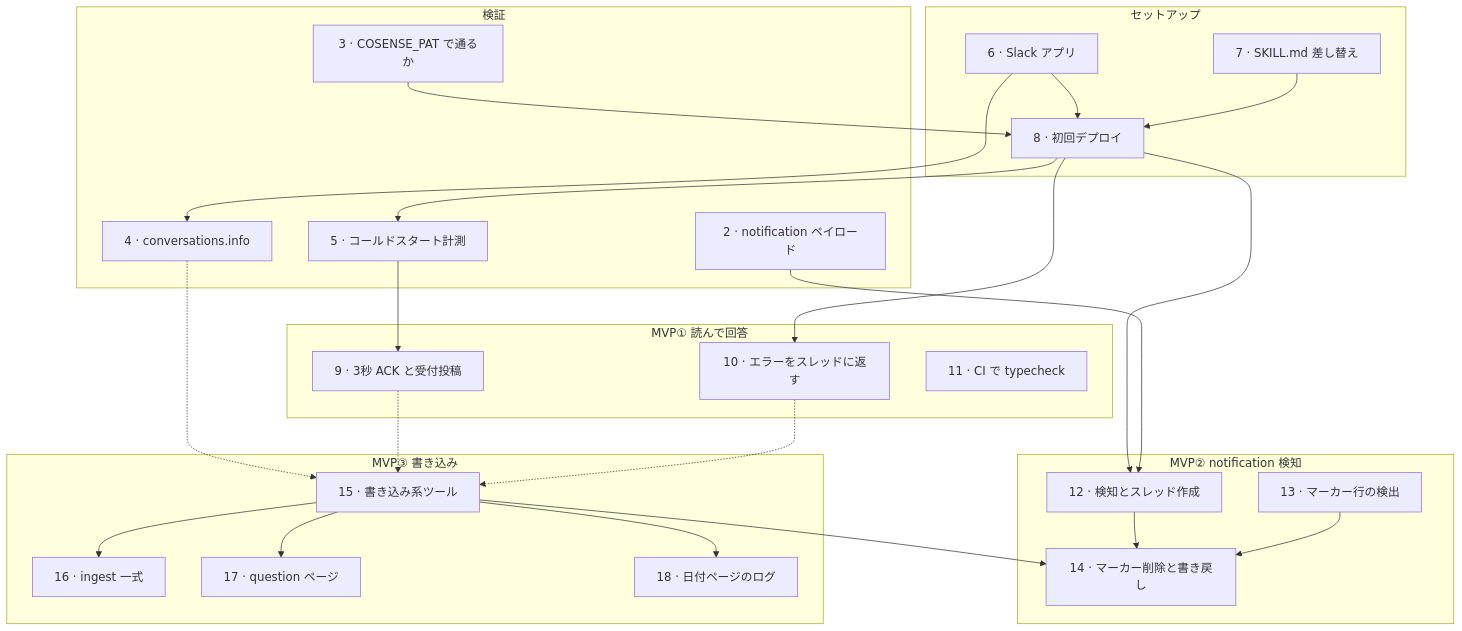
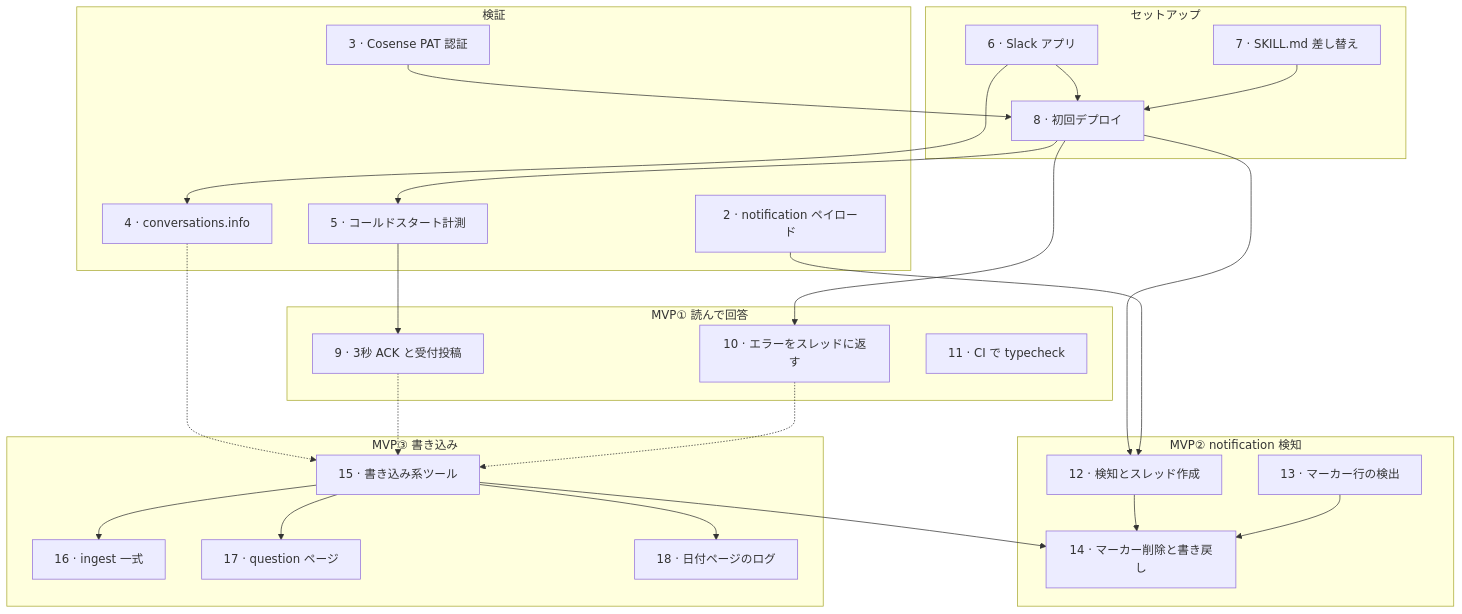
The diagram in docs/roadmap.md (mpppk/slack-cosense-bot), drawn with Mermaid before and after one commit. The commit also changed other lines of this file and 18 other files, not shown here.

Commit message:
feat: authenticate Cosense CLI with PAT instead of Service Account (#31)

````diff
--- a/docs/roadmap.md
+++ b/docs/roadmap.md
@@ -11,54 +11,54 @@
 ```mermaid
 graph TD
     subgraph verify["検証"]
         I2["2 · notification ペイロード"]
-        I3["3 · COSENSE_PAT で通るか"]
+        I3["3 · Cosense PAT 認証"]
         I4["4 · conversations.info"]
         I5["5 · コールドスタート計測"]
     end
 
     subgraph setup["セットアップ"]
         I6["6 · Slack アプリ"]
         I7["7 · SKILL.md 差し替え"]
         I8["8 · 初回デプロイ"]
     end
 
     subgraph mvp1["MVP① 読んで回答"]
         I9["9 · 3秒 ACK と受付投稿"]
         I10["10 · エラーをスレッドに返す"]
         I11["11 · CI で typecheck"]
     end
 
     subgraph mvp2["MVP② notification 検知"]
         I12["12 · 検知とスレッド作成"]
         I13["13 · マーカー行の検出"]
         I14["14 · マーカー削除と書き戻し"]
     end
 
     subgraph mvp3["MVP③ 書き込み"]
         I15["15 · 書き込み系ツール"]
         I16["16 · ingest 一式"]
         I17["17 · question ページ"]
         I18["18 · 日付ページのログ"]
     end
 
     I3 --> I8
     I6 --> I8
     I7 --> I8
     I6 --> I4
     I8 --> I5
     I8 --> I10
     I8 --> I12
     I5 --> I9
     I2 --> I12
     I12 --> I14
     I13 --> I14
     I15 --> I14
     I15 --> I16
     I15 --> I17
     I15 --> I18
 
     I4 -.-> I15
     I9 -.-> I15
     I10 -.-> I15
 ```
````
